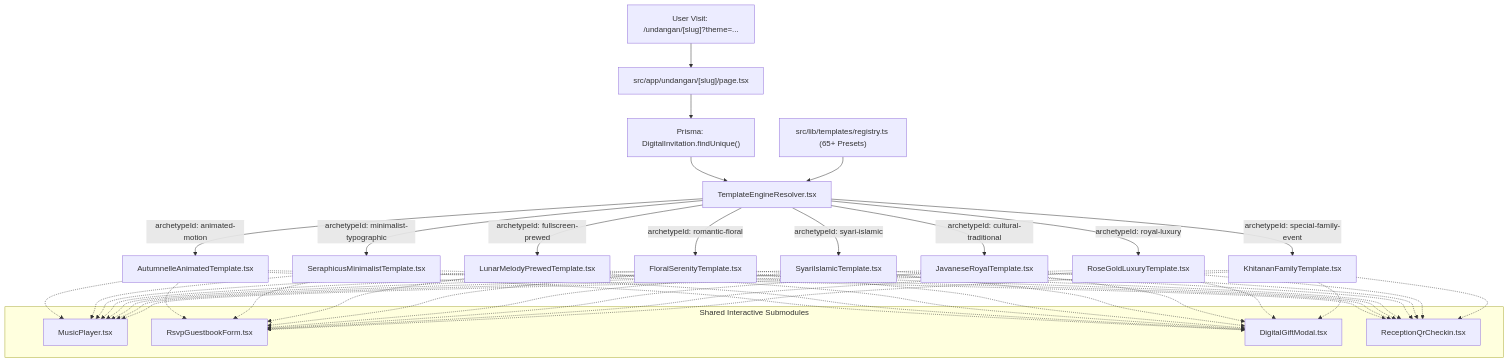
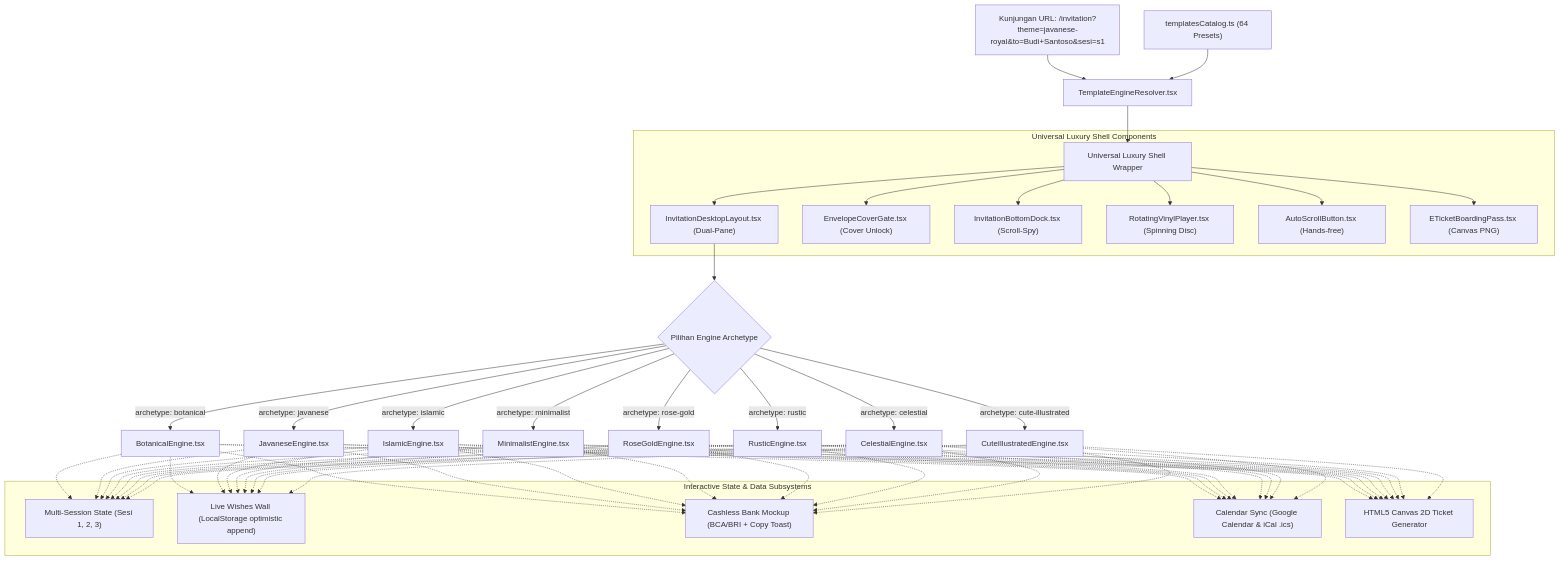
One commit to asepsuhermancampus/HariKita---Web-App changed the diagram in docs/superpowers/specs/2026-09-09-harikita-dedicated-invitation-templates-design.md. Above: the diagram before and after it, drawn with Mermaid. The commit also changed other lines of this file, not shown here.

Commit message:
docs: complete dedicated invitation templates design spec with 8 archetypes and universal luxury shell

````diff
--- a/docs/superpowers/specs/2026-09-09-harikita-dedicated-invitation-templates-design.md
+++ b/docs/superpowers/specs/2026-09-09-harikita-dedicated-invitation-templates-design.md
@@ -28,33 +45,38 @@
 ```mermaid
 graph TD
-    UserReq["User Visit: /undangan/[slug]?theme=..."] --> Page["src/app/undangan/[slug]/page.tsx"]
-    Page --> FetchDB["Prisma: DigitalInvitation.findUnique()"]
-    FetchDB --> ThemeResolver["TemplateEngineResolver.tsx"]
+    UserReq["Kunjungan URL: /invitation?theme=javanese-royal&to=Budi+Santoso&sesi=s1"] --> Resolver["TemplateEngineResolver.tsx"]
     
-    Registry["src/lib/templates/registry.ts (65+ Presets)"] --> ThemeResolver
+    Catalog["templatesCatalog.ts (64 Presets)"] --> Resolver
     
-    ThemeResolver -->|"archetypeId: animated-motion"| E1["AutumnelleAnimatedTemplate.tsx"]
-    ThemeResolver -->|"archetypeId: minimalist-typographic"| E2["SeraphicusMinimalistTemplate.tsx"]
-    ThemeResolver -->|"archetypeId: fullscreen-prewed"| E3["LunarMelodyPrewedTemplate.tsx"]
-    ThemeResolver -->|"archetypeId: romantic-floral"| E4["FloralSerenityTemplate.tsx"]
-    ThemeResolver -->|"archetypeId: syari-islamic"| E5["SyariIslamicTemplate.tsx"]
-    ThemeResolver -->|"archetypeId: cultural-traditional"| E6["JavaneseRoyalTemplate.tsx"]
-    ThemeResolver -->|"archetypeId: royal-luxury"| E7["RoseGoldLuxuryTemplate.tsx"]
-    ThemeResolver -->|"archetypeId: special-family-event"| E8["KhitananFamilyTemplate.tsx"]
-
-    subgraph "Shared Interactive Submodules"
-        M1["MusicPlayer.tsx"]
-        M2["RsvpGuestbookForm.tsx"]
-        M3["DigitalGiftModal.tsx"]
-        M4["ReceptionQrCheckin.tsx"]
+    Resolver --> Shell["Universal Luxury Shell Wrapper"]
+    
+    subgraph "Universal Luxury Shell Components"
+        Shell --> D1["InvitationDesktopLayout.tsx (Dual-Pane)"]
+        Shell --> D2["EnvelopeCoverGate.tsx (Cover Unlock)"]
+        Shell --> D3["InvitationBottomDock.tsx (Scroll-Spy)"]
+        Shell --> D4["RotatingVinylPlayer.tsx (Spinning Disc)"]
+        Shell --> D5["AutoScrollButton.tsx (Hands-free)"]
+        Shell --> D6["ETicketBoardingPass.tsx (Canvas PNG)"]
     end
     
-    E1 -.-> M1 & M2 & M3 & M4
-    E2 -.-> M1 & M2 & M3 & M4
-    E3 -.-> M1 & M2 & M3 & M4
-    E4 -.-> M1 & M2 & M3 & M4
-    E5 -.-> M1 & M2 & M3 & M4
-    E6 -.-> M1 & M2 & M3 & M4
-    E7 -.-> M1 & M2 & M3 & M4
-    E8 -.-> M1 & M2 & M3 & M4
+    D1 --> SelectedEngine{"Pilihan Engine Archetype"}
+    
+    SelectedEngine -->|"archetype: botanical"| E1["BotanicalEngine.tsx"]
+    SelectedEngine -->|"archetype: javanese"| E2["JavaneseEngine.tsx"]
+    SelectedEngine -->|"archetype: islamic"| E3["IslamicEngine.tsx"]
+    SelectedEngine -->|"archetype: minimalist"| E4["MinimalistEngine.tsx"]
+    SelectedEngine -->|"archetype: rose-gold"| E5["RoseGoldEngine.tsx"]
+    SelectedEngine -->|"archetype: rustic"| E6["RusticEngine.tsx"]
+    SelectedEngine -->|"archetype: celestial"| E7["CelestialEngine.tsx"]
+    SelectedEngine -->|"archetype: cute-illustrated"| E8["CuteIllustratedEngine.tsx"]
+    
+    subgraph "Interactive State & Data Subsystems"
+        S1["Multi-Session State (Sesi 1, 2, 3)"]
+        S2["Live Wishes Wall (LocalStorage optimistic append)"]
+        S3["Cashless Bank Mockup (BCA/BRI + Copy Toast)"]
+        S4["Calendar Sync (Google Calendar & iCal .ics)"]
+        S5["HTML5 Canvas 2D Ticket Generator"]
+    end
+    
+    E1 & E2 & E3 & E4 & E5 & E6 & E7 & E8 -.-> S1 & S2 & S3 & S4 & S5
 ```
````
